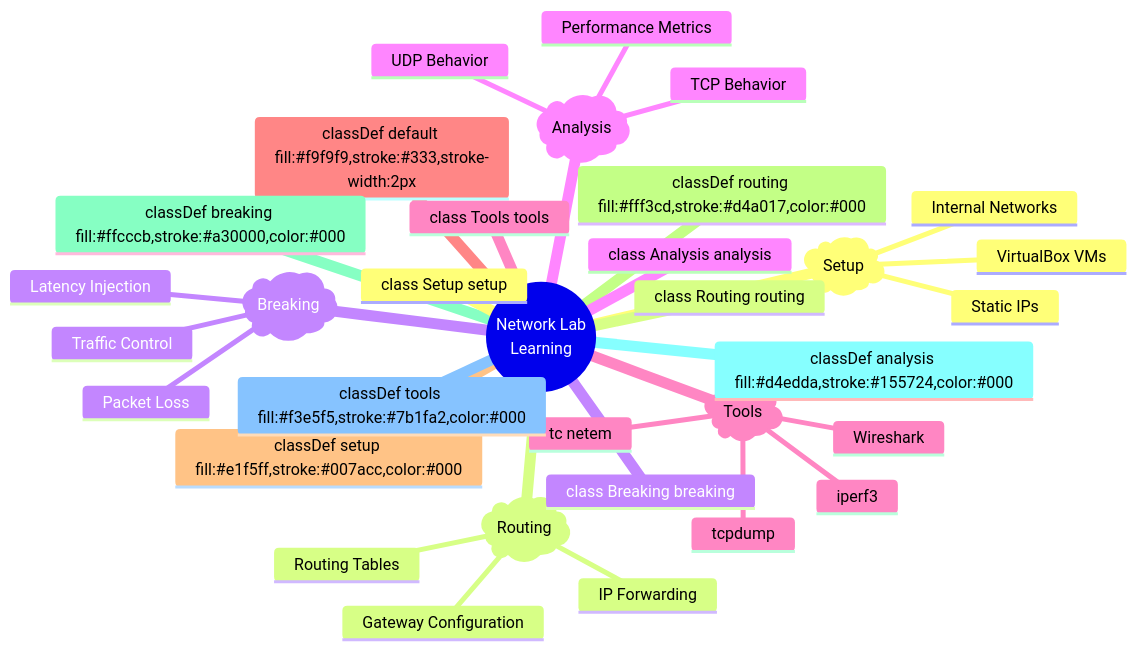
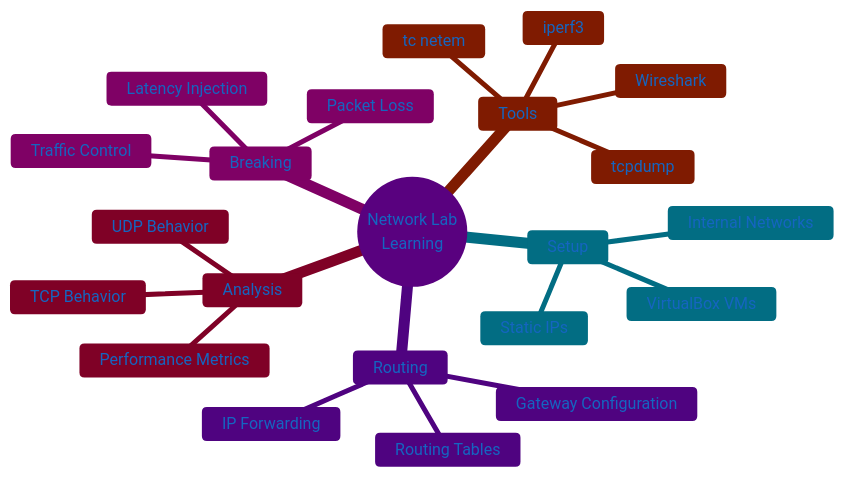
One commit to work8tech/networking-through-VMs changed diagram 11 of 11 in README.md. Above: the diagram before and after it, drawn with Mermaid.

````diff
--- a/README.md
+++ b/README.md
@@ -295,45 +295,36 @@
 ```mermaid
+---
+config:
+  theme: 'base'
+  themeVariables:
+    primaryColor: '#b302fd'
+    primaryTextColor: '#1565c0'
+    primaryBorderColor: '#7C00'
+    lineColor: '#F8B229'
+    secondaryColor: '#0ad2fb'
+    tertiaryColor: '#9a0af9'
+---
 mindmap
   root((Network Lab<br/>Learning))
-    Setup)Setup(
-      ::icon(fa fa-desktop)
+    Setup
       VirtualBox VMs
       Internal Networks
       Static IPs
-    Routing)Routing(
-      ::icon(fa fa-route)
+    Routing
       Routing Tables
       IP Forwarding
       Gateway Configuration
-    Breaking)Breaking(
-      ::icon(fa fa-bomb)
+    Breaking
       Latency Injection
       Packet Loss
       Traffic Control
-    Analysis)Analysis(
-      ::icon(fa fa-chart-line)
+    Analysis
       TCP Behavior
       UDP Behavior
       Performance Metrics
-    Tools)Tools(
-      ::icon(fa fa-wrench)
+    Tools
       iperf3
       tcpdump
       Wireshark
       tc netem
-
-    %% Color Definitions
-    classDef default fill:#f9f9f9,stroke:#333,stroke-width:2px;
-    classDef setup fill:#e1f5ff,stroke:#007acc,color:#000;
-    classDef routing fill:#fff3cd,stroke:#d4a017,color:#000;
-    classDef breaking fill:#ffcccb,stroke:#a30000,color:#000;
-    classDef analysis fill:#d4edda,stroke:#155724,color:#000;
-    classDef tools fill:#f3e5f5,stroke:#7b1fa2,color:#000;
-
-    %% Applying Classes
-    class Setup setup
-    class Routing routing
-    class Breaking breaking
-    class Analysis analysis
-    class Tools tools
 ```
````
